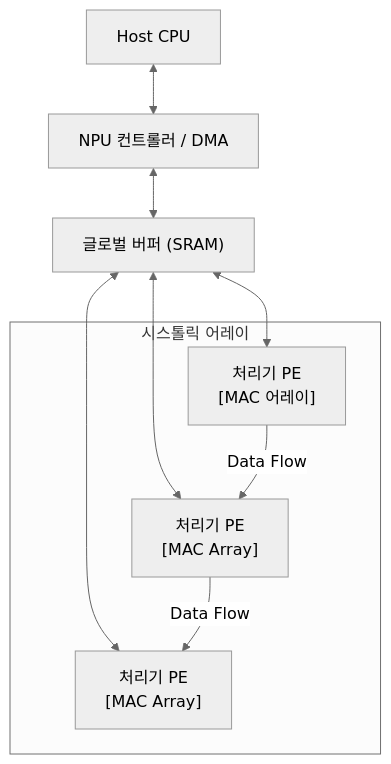
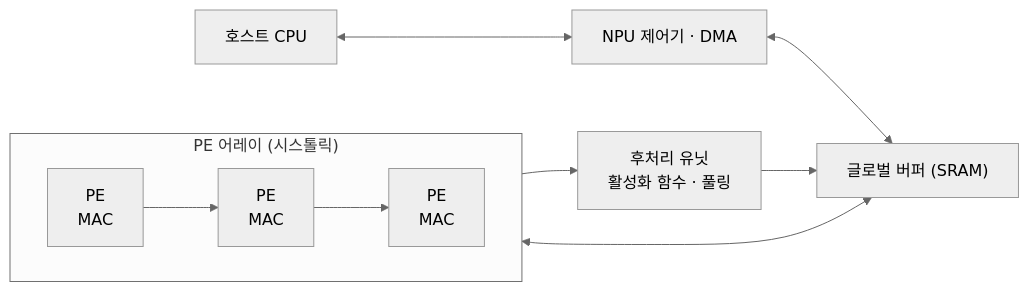
The diagram in content/01_IT Tech/NPU.md (supremethumb/supremethumb.github.io), drawn with Mermaid (neutral theme) before and after one commit. The commit also changed other lines of this file and 1087 other files, not shown here.

````diff
--- a/content/01_IT Tech/NPU.md
+++ b/content/01_IT Tech/NPU.md
@@ -29,17 +35,12 @@
 ```mermaid
-flowchart TD
-    A["Host CPU"] <--> B["NPU 컨트롤러 / DMA"]
-    B <--> C["글로벌 버퍼 (SRAM)"]
-    C <--> D["처리기 PE<br/>[MAC 어레이]"]
-    C <--> E["처리기 PE<br/>[MAC Array]"]
-    C <--> F["처리기 PE<br/>[MAC Array]"]
-
-    D -- "Data Flow" --> E
-    E -- "Data Flow" --> F
-
-    subgraph S ["시스톨릭 어레이"]
-        D
-        E
-        F
+flowchart LR
+    HOST["호스트 CPU"] <--> CTRL["NPU 제어기 · DMA"]
+    CTRL <--> BUF["글로벌 버퍼 (SRAM)"]
+    BUF <--> ARR
+    subgraph ARR["PE 어레이 (시스톨릭)"]
+        direction LR
+        P1["PE<br/>MAC"] --> P2["PE<br/>MAC"] --> P3["PE<br/>MAC"]
     end
+    ARR --> POST["후처리 유닛<br/>활성화 함수 · 풀링"]
+    POST --> BUF
 ```
````
